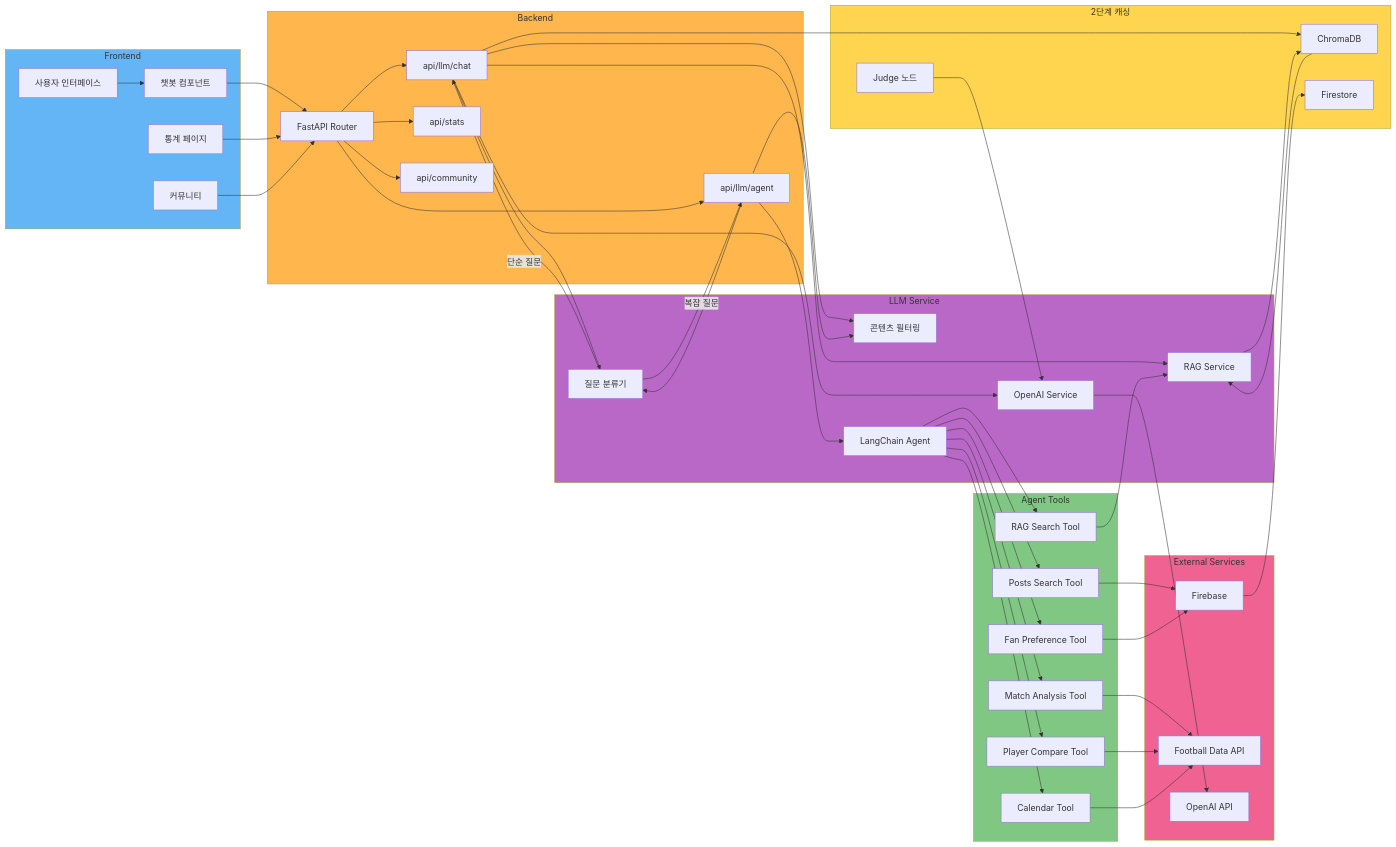
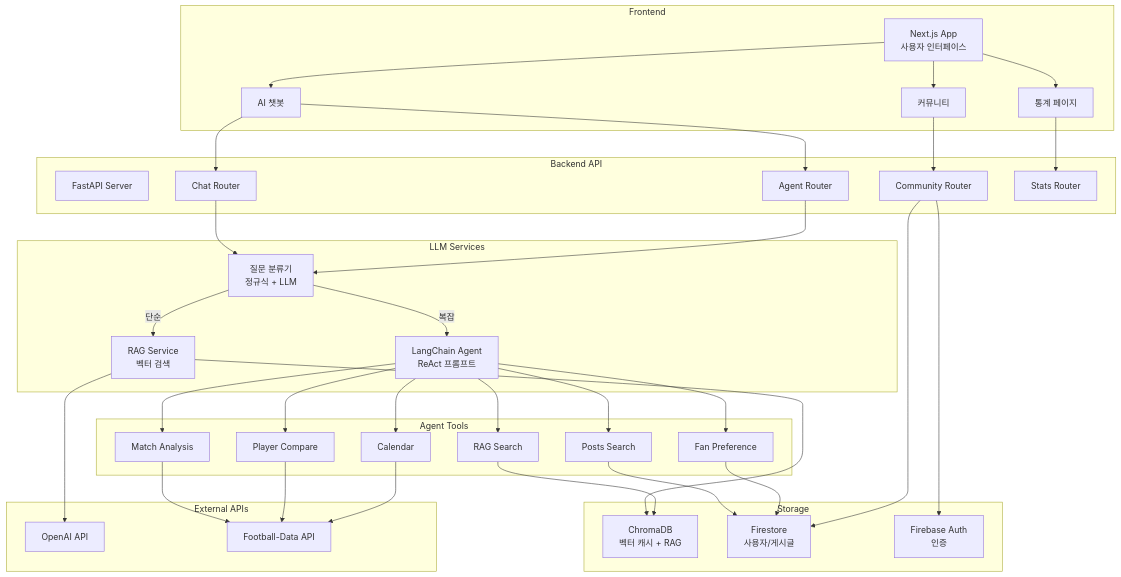
The first of 4 diagrams in FSF_ARCHITECTURE_DIAGRAM.md (seolmiseon/fsf-llm-platform), drawn with Mermaid before and after one commit. The commit also changed other lines of this file and 31 other files, not shown here.

````diff
--- a/FSF_ARCHITECTURE_DIAGRAM.md
+++ b/FSF_ARCHITECTURE_DIAGRAM.md
@@ -33,97 +75,75 @@
 ```mermaid
-graph LR
-    subgraph Frontend[Frontend]
-        UI[사용자 인터페이스]
-        ChatBot[챗봇 컴포넌트]
-        Stats[통계 페이지]
-        Community[커뮤니티]
+graph TB
+    subgraph "Frontend"
+        A[Next.js App<br>사용자 인터페이스]
+        A1[AI 챗봇]
+        A2[커뮤니티]
+        A3[통계 페이지]
     end
-
-    subgraph Backend[Backend]
-        API[FastAPI Router]
-        ChatRouter[api/llm/chat]
-        AgentRouter[api/llm/agent]
-        StatsRouter[api/stats]
-        CommunityRouter[api/community]
+    
+    subgraph "Backend API"
+        B[FastAPI Server]
+        B1[Chat Router]
+        B2[Agent Router]
+        B3[Community Router]
+        B4[Stats Router]
     end
-
-    subgraph LLMService[LLM Service]
-        QuestionClassifier[질문 분류기]
-        ContentSafety[콘텐츠 필터링]
-        RAGService[RAG Service]
-        OpenAIService[OpenAI Service]
-        Agent[LangChain Agent]
+    
+    subgraph "LLM Services"
+        C[질문 분류기<br>정규식 + LLM]
+        D[RAG Service<br>벡터 검색]
+        E[LangChain Agent<br>ReAct 프롬프트]
     end
-
-    subgraph ToolsGroup[Agent Tools]
-        RAGTool[RAG Search Tool]
-        MatchTool[Match Analysis Tool]
-        PlayerTool[Player Compare Tool]
-        PostsTool[Posts Search Tool]
-        FanTool[Fan Preference Tool]
-        CalendarTool[Calendar Tool]
+    
+    subgraph "Agent Tools"
+        F1[RAG Search]
+        F2[Match Analysis]
+        F3[Player Compare]
+        F4[Posts Search]
+        F5[Fan Preference]
+        F6[Calendar]
     end
-
-    subgraph CacheGroup[2단계 캐싱]
-        ChromaDBCache[ChromaDB]
-        FirestoreCache[Firestore]
-        CacheJudge[Judge 노드]
+    
+    subgraph "Storage"
+        G[ChromaDB<br>벡터 캐시 + RAG]
+        H[Firestore<br>사용자/게시글]
+        I[Firebase Auth<br>인증]
     end
-
-    subgraph External[External Services]
-        Firebase[Firebase]
-        FootballAPI[Football Data API]
-        OpenAI[OpenAI API]
+    
+    subgraph "External APIs"
+        J[OpenAI API]
+        K[Football-Data API]
     end
-
-    UI --> ChatBot
-    ChatBot --> API
-    Stats --> API
-    Community --> API
-
-    API --> ChatRouter
-    API --> AgentRouter
-    API --> StatsRouter
-    API --> CommunityRouter
-
-    ChatRouter --> ContentSafety
-    ChatRouter --> QuestionClassifier
-    AgentRouter --> ContentSafety
-    AgentRouter --> QuestionClassifier
-
-    QuestionClassifier -->|단순 질문| ChatRouter
-    QuestionClassifier -->|복잡 질문| AgentRouter
-
-    ChatRouter --> ChromaDBCache
-    ChatRouter --> RAGService
-    ChatRouter --> OpenAIService
-
-    AgentRouter --> Agent
-    Agent --> RAGTool
-    Agent --> MatchTool
-    Agent --> PlayerTool
-    Agent --> PostsTool
-    Agent --> FanTool
-    Agent --> CalendarTool
-
-    ChromaDBCache --> RAGService
-    CacheJudge --> OpenAIService
-
-    RAGTool --> RAGService
-    MatchTool --> FootballAPI
-    PlayerTool --> FootballAPI
-    PostsTool --> Firebase
-    FanTool --> Firebase
-    CalendarTool --> FootballAPI
-
-    RAGService --> ChromaDBCache
-    OpenAIService --> OpenAI
-    Firebase --> FirestoreCache
-
-    style Frontend fill:#64B5F6
-    style Backend fill:#FFB74D
-    style LLMService fill:#BA68C8
-    style ToolsGroup fill:#81C784
-    style CacheGroup fill:#FFD54F
-    style External fill:#F06292
+    
+    A --> A1
+    A --> A2
+    A --> A3
+    A1 --> B1
+    A1 --> B2
+    A2 --> B3
+    A3 --> B4
+    
+    B1 --> C
+    B2 --> C
+    C -->|단순| D
+    C -->|복잡| E
+    
+    E --> F1
+    E --> F2
+    E --> F3
+    E --> F4
+    E --> F5
+    E --> F6
+    
+    D --> G
+    D --> J
+    F1 --> G
+    F2 --> K
+    F3 --> K
+    F4 --> H
+    F5 --> H
+    F6 --> K
+    
+    B3 --> H
+    B3 --> I
 ```
````
